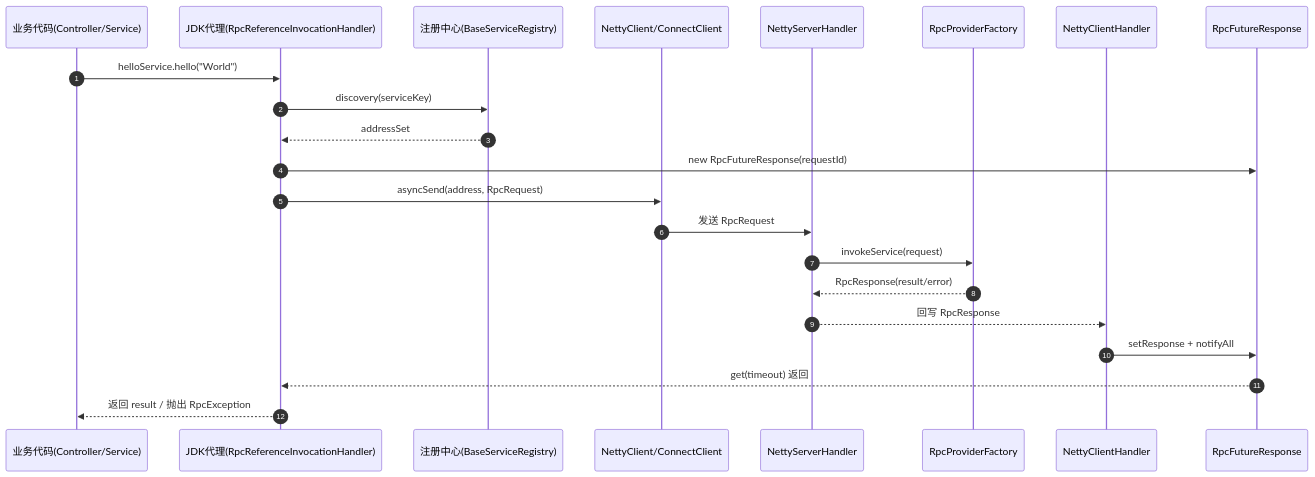
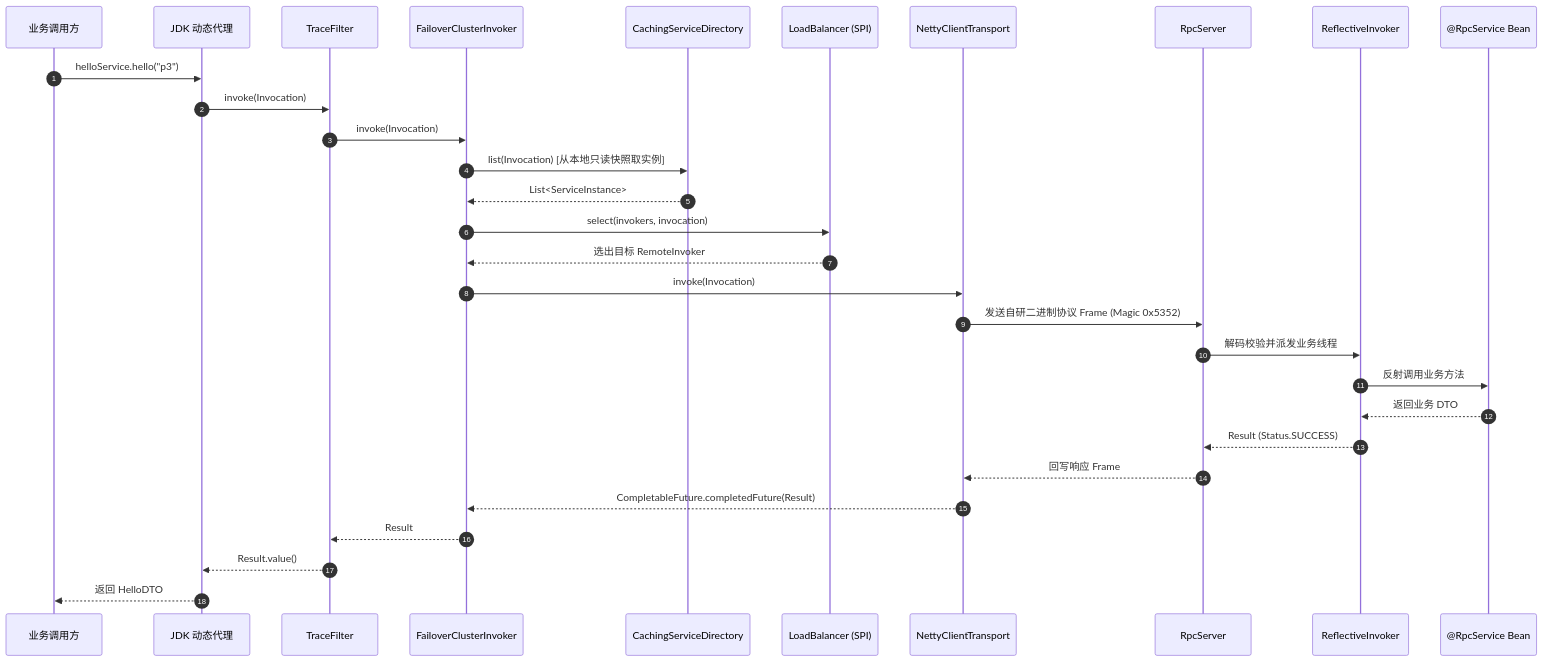
One commit to upowerman/small-rpc changed the diagram in README.md. Above: the diagram before and after it, drawn with Mermaid. The commit also changed other lines of this file and 3 other files, not shown here.

````diff
--- a/README.md
+++ b/README.md
@@ -399,25 +283,33 @@
 ```mermaid
 sequenceDiagram
-autonumber
-participant B as 业务代码(Controller/Service)
-participant P as JDK代理(RpcReferenceInvocationHandler)
-participant R as 注册中心(BaseServiceRegistry)
-participant C as NettyClient/ConnectClient
-participant S as NettyServerHandler
-participant F as RpcProviderFactory
-participant H as NettyClientHandler
-participant Future as RpcFutureResponse
+    autonumber
+    participant App as 业务调用方
+    participant Proxy as JDK 动态代理
+    participant Filter as TraceFilter
+    participant Cluster as FailoverClusterInvoker
+    participant Dir as CachingServiceDirectory
+    participant LB as LoadBalancer (SPI)
+    participant Client as NettyClientTransport
+    participant Server as RpcServer
+    participant Invoker as ReflectiveInvoker
+    participant Svc as @RpcService Bean
 
-B->>P: helloService.hello("World")
-P->>R: discovery(serviceKey)
-R-->>P: addressSet
-P->>Future: new RpcFutureResponse(requestId)
-P->>C: asyncSend(address, RpcRequest)
-C->>S: 发送 RpcRequest
-S->>F: invokeService(request)
-F-->>S: RpcResponse(result/error)
-S-->>H: 回写 RpcResponse
-H->>Future: setResponse + notifyAll
-Future-->>P: get(timeout) 返回
-P-->>B: 返回 result / 抛出 RpcException
+    App->>Proxy: helloService.hello("p3")
+    Proxy->>Filter: invoke(Invocation)
+    Filter->>Cluster: invoke(Invocation)
+    Cluster->>Dir: list(Invocation) [从本地只读快照取实例]
+    Dir-->>Cluster: List<ServiceInstance>
+    Cluster->>LB: select(invokers, invocation)
+    LB-->>Cluster: 选出目标 RemoteInvoker
+    Cluster->>Client: invoke(Invocation)
+    Client->>Server: 发送自研二进制协议 Frame (Magic 0x5352)
+    Server->>Invoker: 解码校验并派发业务线程
+    Invoker->>Svc: 反射调用业务方法
+    Svc-->>Invoker: 返回业务 DTO
+    Invoker-->>Server: Result (Status.SUCCESS)
+    Server-->>Client: 回写响应 Frame
+    Client-->>Cluster: CompletableFuture.completedFuture(Result)
+    Cluster-->>Filter: Result
+    Filter-->>Proxy: Result.value()
+    Proxy-->>App: 返回 HelloDTO
 ```
````
